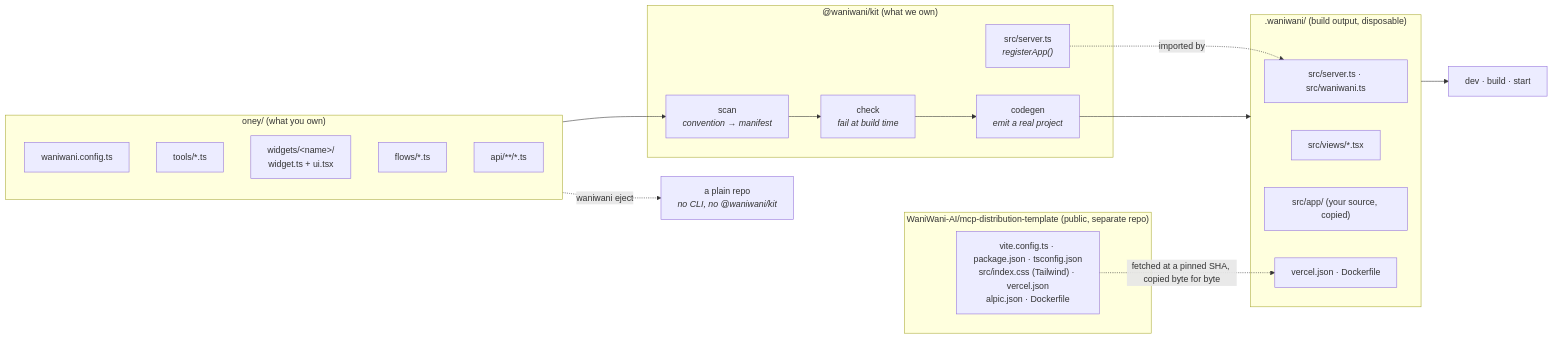
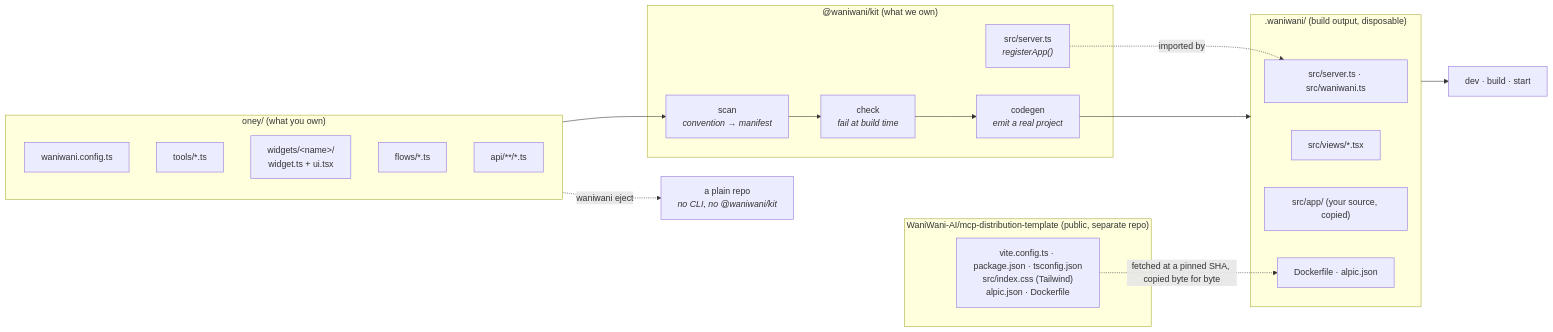
Before and after one commit to WaniWani-AI/kit: the first of 2 diagrams in README.md, drawn with Mermaid. The commit also changed other lines of this file and 9 other files, not shown here.

````diff
--- a/README.md
+++ b/README.md
@@ -484,34 +484,34 @@
 ```mermaid
 flowchart LR
     subgraph app["oney/ (what you own)"]
         cfg["waniwani.config.ts"]
         tools["tools/*.ts"]
         widgets["widgets/&lt;name&gt;/<br/>widget.ts + ui.tsx"]
         flows["flows/*.ts"]
         api["api/**/*.ts"]
     end
 
     subgraph tpl["WaniWani-AI/mcp-distribution-template (public, separate repo)"]
-        raw["vite.config.ts · package.json · tsconfig.json<br/>src/index.css (Tailwind) · vercel.json<br/>alpic.json · Dockerfile"]
+        raw["vite.config.ts · package.json · tsconfig.json<br/>src/index.css (Tailwind)<br/>alpic.json · Dockerfile"]
     end
 
     subgraph cli["@waniwani/kit (what we own)"]
         scan["scan<br/><i>convention → manifest</i>"]
         check["check<br/><i>fail at build time</i>"]
         gen["codegen<br/><i>emit a real project</i>"]
         runtime["src/server.ts<br/><i>registerApp()</i>"]
     end
 
     subgraph out[".waniwani/ (build output, disposable)"]
         server["src/server.ts · src/waniwani.ts"]
         views["src/views/*.tsx"]
         appsrc["src/app/ (your source, copied)"]
-        deployfiles["vercel.json · Dockerfile"]
+        deployfiles["Dockerfile · alpic.json"]
     end
 
     app --> scan --> check --> gen --> out
     runtime -.imported by.-> server
     raw -.fetched at a pinned SHA, copied byte for byte.-> deployfiles
     out --> deploy["dev · build · start"]
     app -.waniwani eject.-> ejected["a plain repo<br/><i>no CLI, no @waniwani/kit</i>"]
 ```
````
